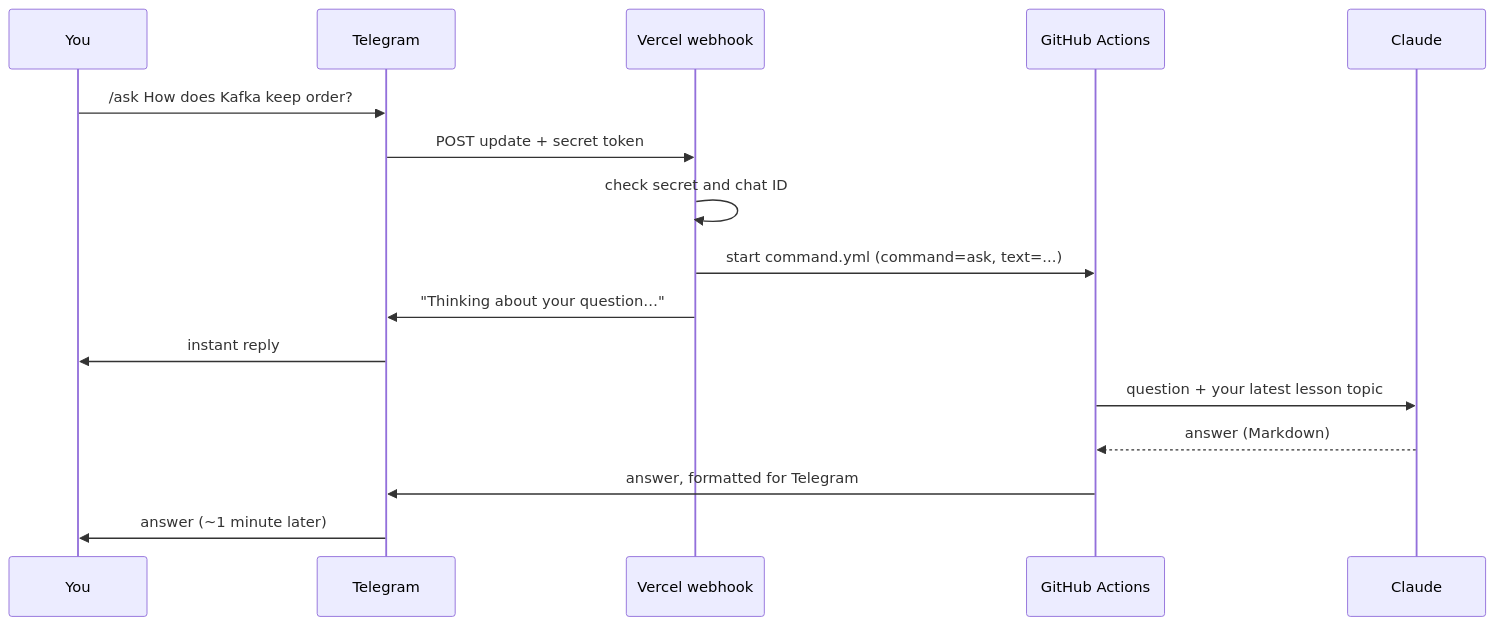
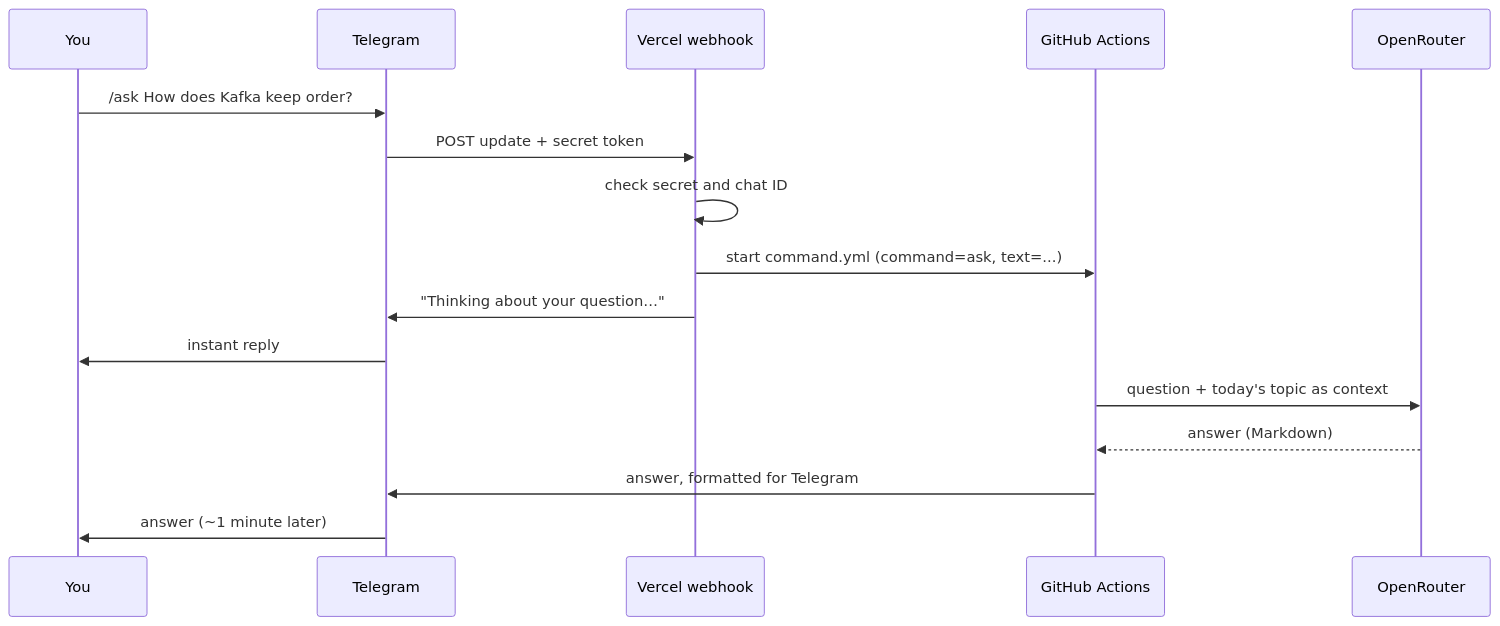
The third of 3 diagrams in docs/HLD.md (GOURAVSINGH19/Hermes-AI), drawn with Mermaid before and after one commit. The commit also changed other lines of this file and 24 other files, not shown here.

````diff
--- a/docs/HLD.md
+++ b/docs/HLD.md
@@ -97,19 +94,19 @@
 ```mermaid
 sequenceDiagram
     participant U as You
     participant T as Telegram
     participant V as Vercel webhook
     participant G as GitHub Actions
-    participant C as Claude
+    participant AI as OpenRouter
 
     U->>T: /ask How does Kafka keep order?
     T->>V: POST update + secret token
     V->>V: check secret and chat ID
     V->>G: start command.yml (command=ask, text=...)
     V->>T: "Thinking about your question…"
     T->>U: instant reply
-    G->>C: question + your latest lesson topic
-    C-->>G: answer (Markdown)
+    G->>AI: question + today's topic as context
+    AI-->>G: answer (Markdown)
     G->>T: answer, formatted for Telegram
     T->>U: answer (~1 minute later)
 ```
````
